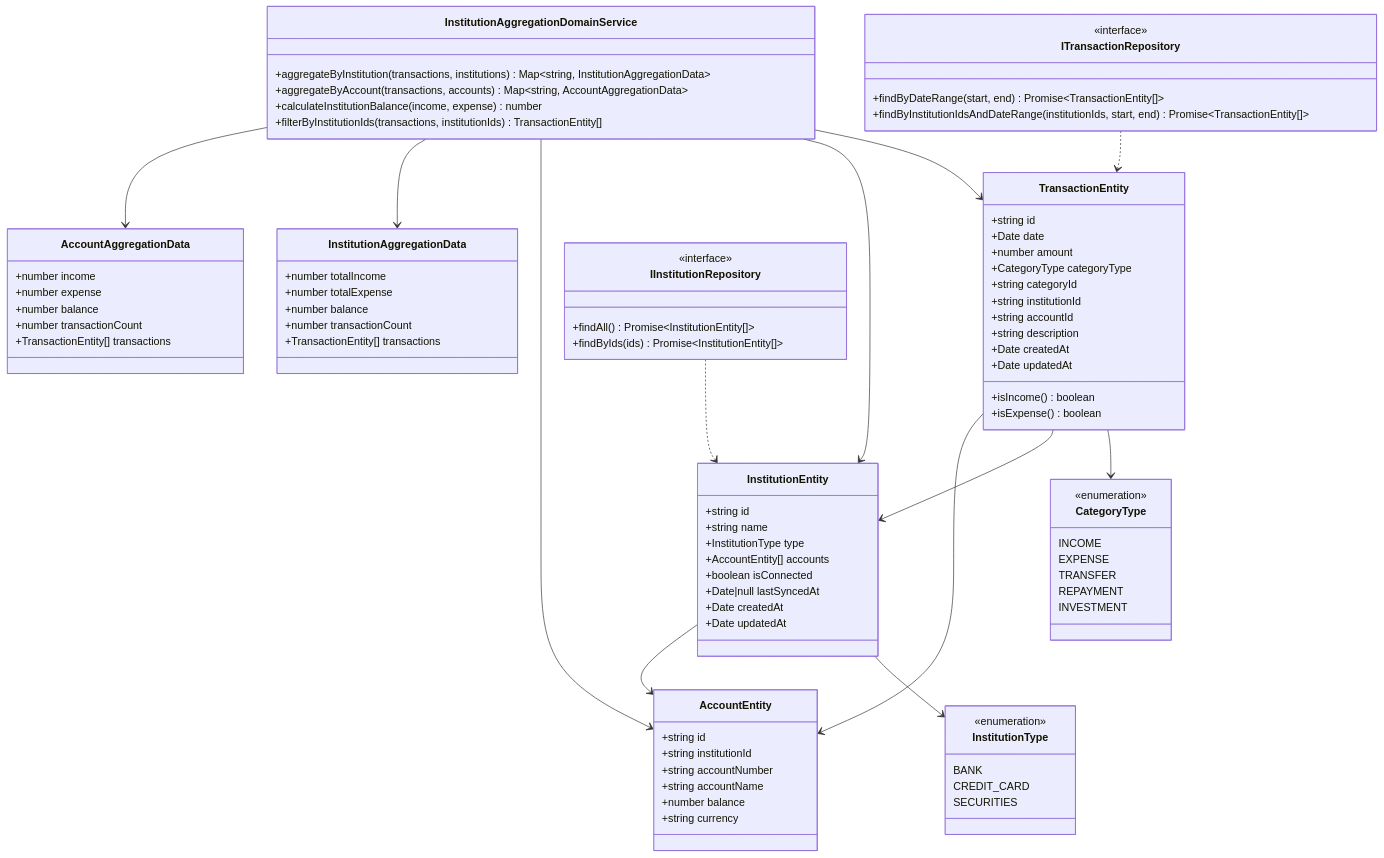
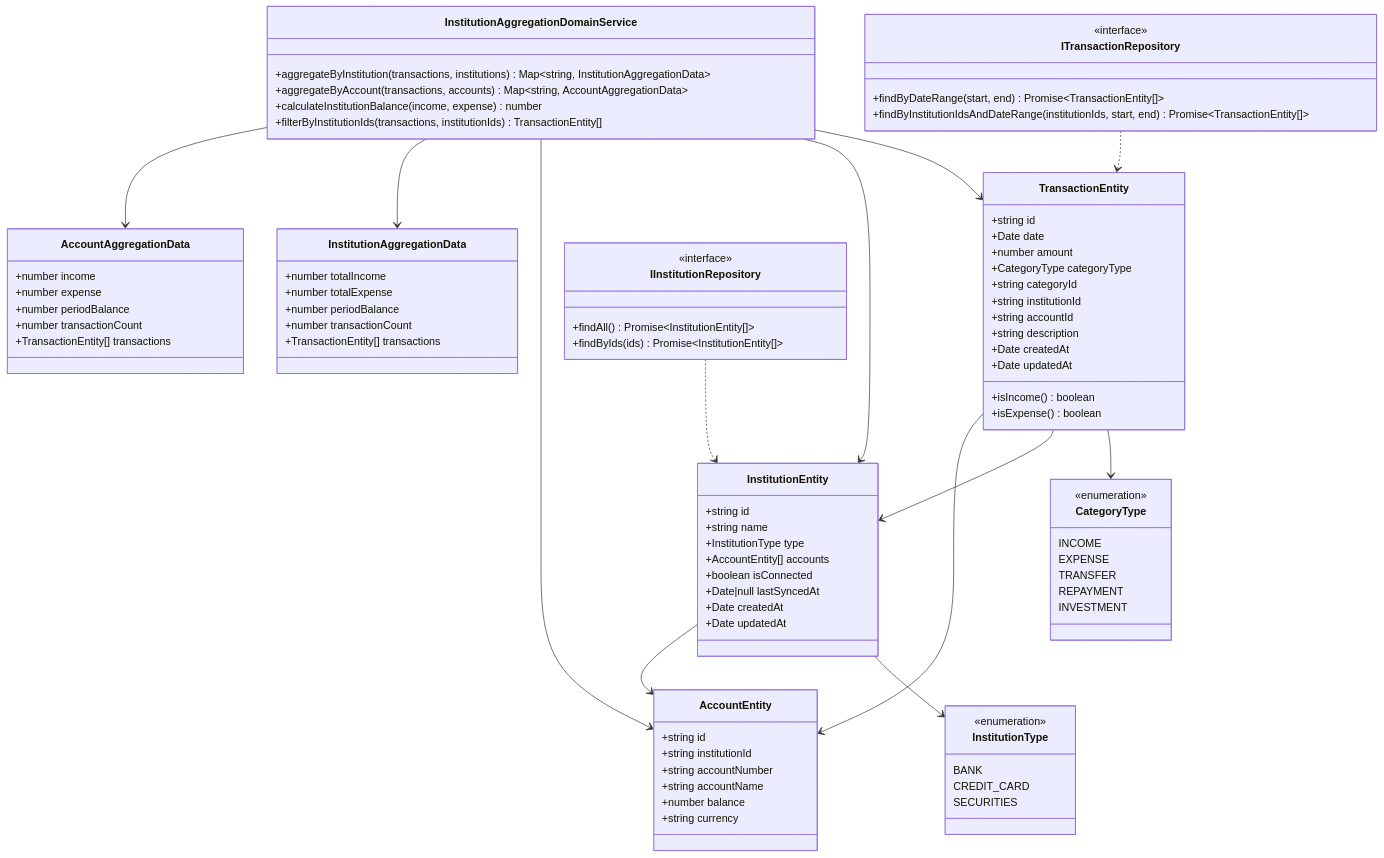
The first of 4 diagrams in docs/detailed-design/FR-017_institution-aggregation/class-diagrams.md (kencom2400/account-book), drawn with Mermaid before and after one commit. The commit also changed other lines of this file and 3 other files, not shown here.

```diff
--- a/docs/detailed-design/FR-017_institution-aggregation/class-diagrams.md
+++ b/docs/detailed-design/FR-017_institution-aggregation/class-diagrams.md
@@ -78,7 +78,7 @@
     class InstitutionAggregationData {
         +number totalIncome
         +number totalExpense
-        +number balance
+        +number periodBalance
         +number transactionCount
         +TransactionEntity[] transactions
     }
@@ -86,7 +86,7 @@
     class AccountAggregationData {
         +number income
         +number expense
-        +number balance
+        +number periodBalance
         +number transactionCount
         +TransactionEntity[] transactions
     }
```
